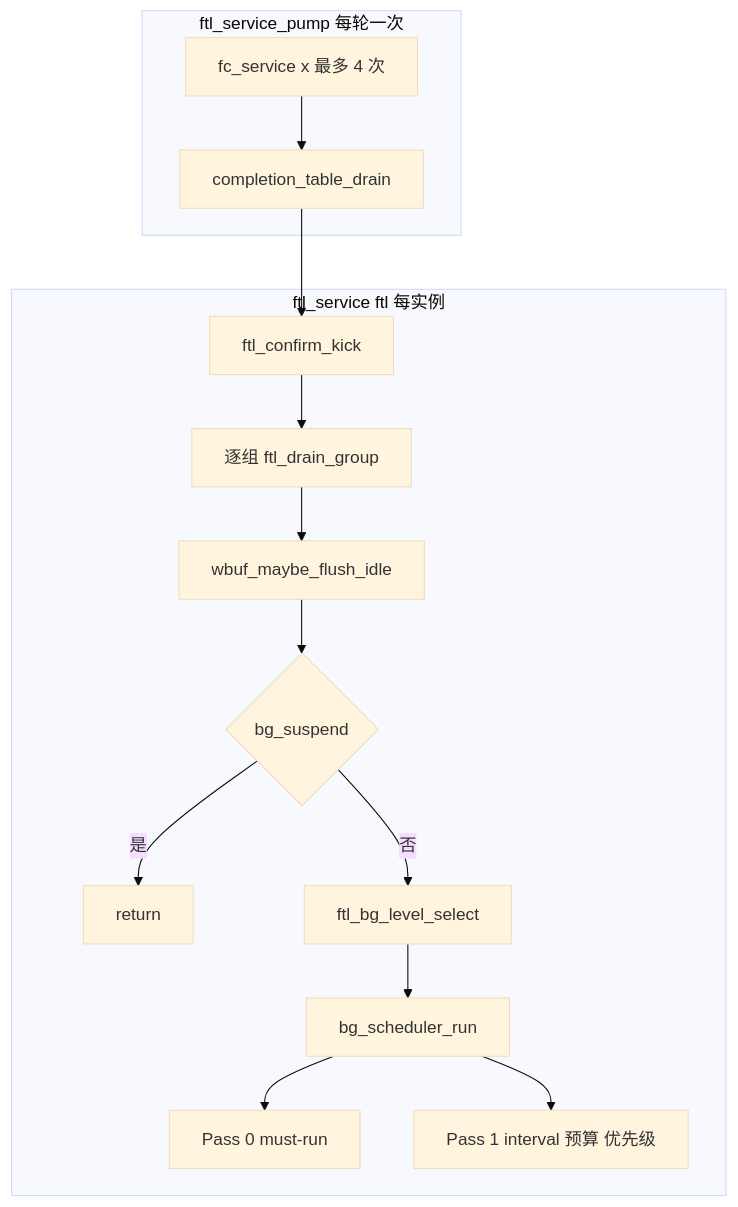
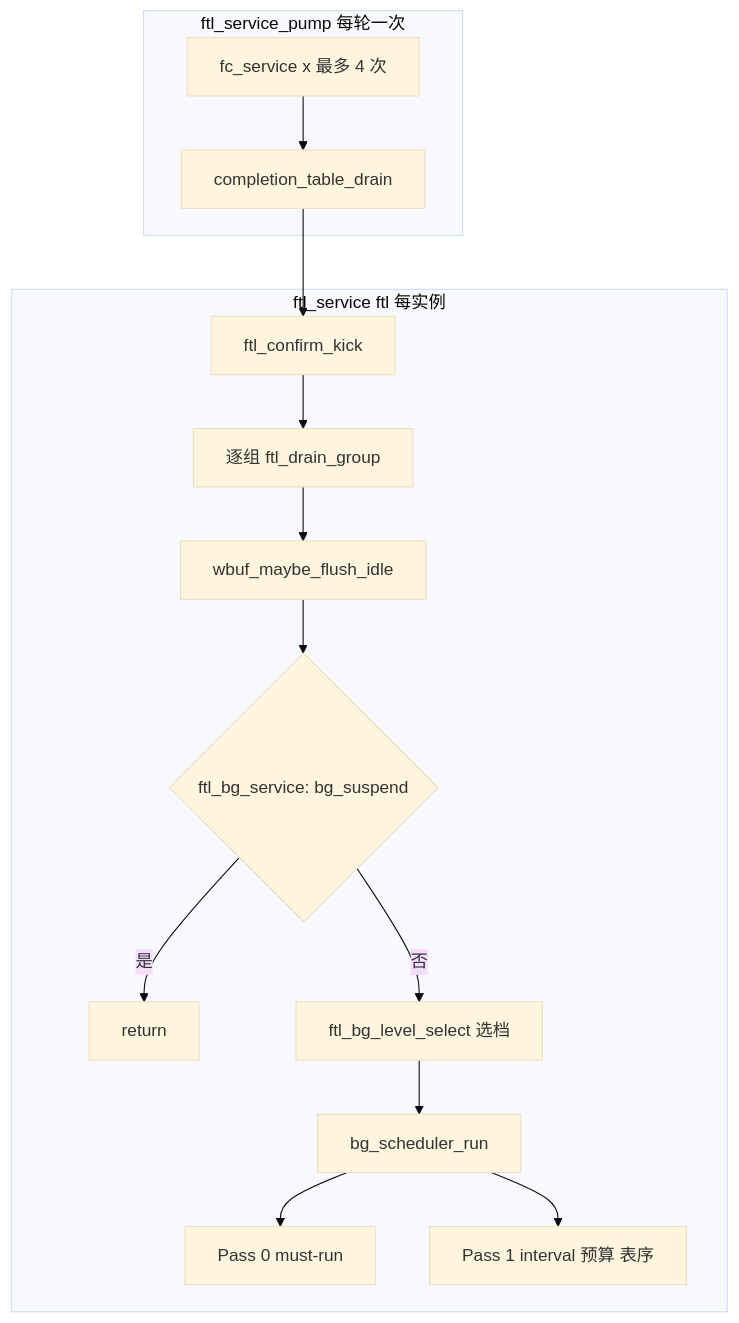
Before and after one commit to YzYMIAO/BASESSD: diagram 20 of 32 in docs/design/ftl_design.md, drawn with Mermaid (base theme). The commit also changed other lines of this file and 10 other files, not shown here.

````diff
--- a/docs/design/ftl_design.md
+++ b/docs/design/ftl_design.md
@@ -2945,17 +2960,17 @@
 ```mermaid
 flowchart TB
     subgraph "ftl_service_pump 每轮一次"
         P1["fc_service x 最多 4 次"] --> P2["completion_table_drain"]
     end
     subgraph "ftl_service ftl 每实例"
         S1["ftl_confirm_kick"] --> S2["逐组 ftl_drain_group"]
         S2 --> S3["wbuf_maybe_flush_idle"]
-        S3 --> S4{"bg_suspend"}
+        S3 --> S4{"ftl_bg_service: bg_suspend"}
         S4 -- "是" --> S5["return"]
-        S4 -- "否" --> S6["ftl_bg_level_select"]
+        S4 -- "否" --> S6["ftl_bg_level_select 选档"]
         S6 --> S7["bg_scheduler_run"]
         S7 --> S8["Pass 0 must-run"]
-        S7 --> S9["Pass 1 interval 预算 优先级"]
+        S7 --> S9["Pass 1 interval 预算 表序"]
     end
     P2 --> S1
 ```
````
